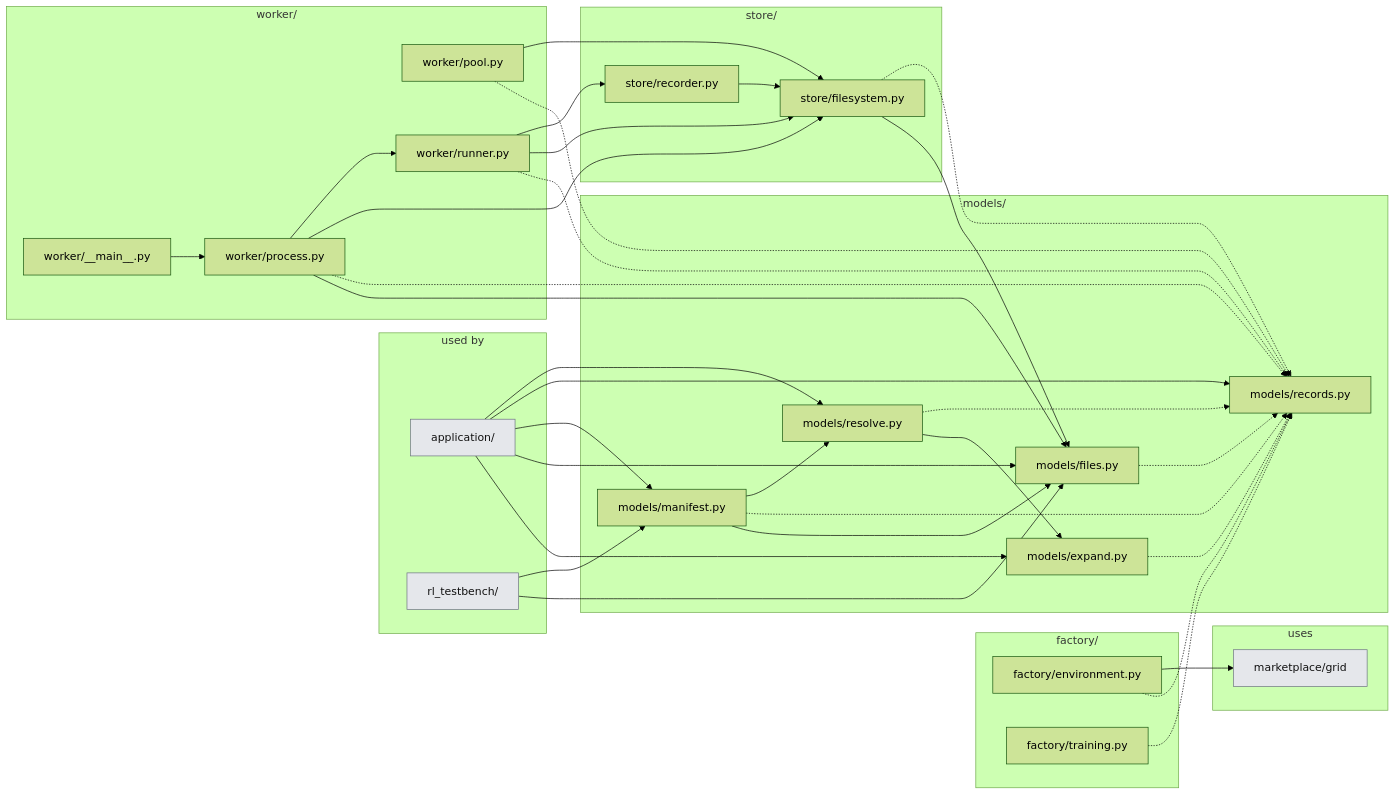
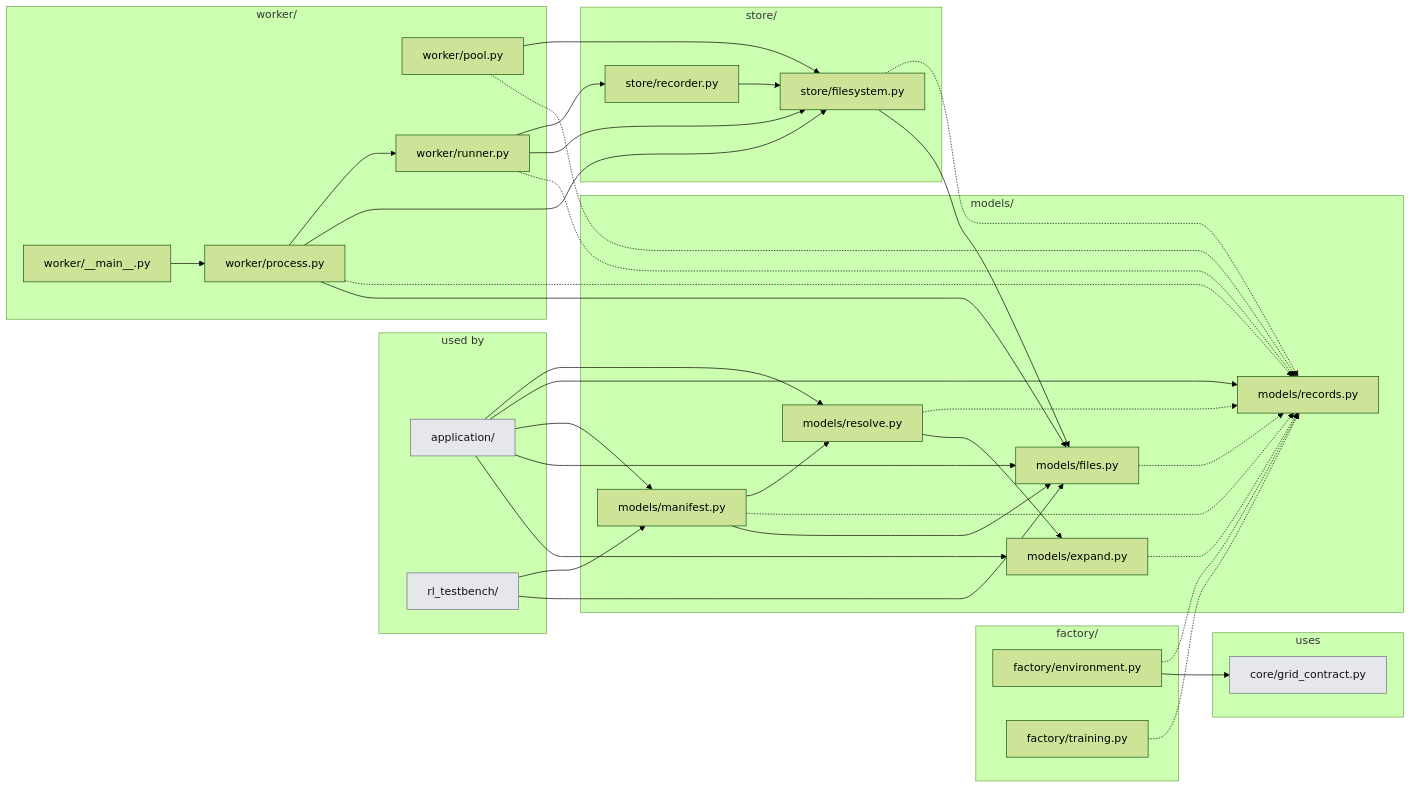
One commit to KevinRapo/P2P-thesis changed the second of 4 diagrams in docs_thesis/thesis/architecture/03-experiment-layer.md. Above: the diagram before and after it, drawn with Mermaid (forest theme). The commit also changed 77 other files, not shown here.

````diff
--- a/docs_thesis/thesis/architecture/03-experiment-layer.md
+++ b/docs_thesis/thesis/architecture/03-experiment-layer.md
@@ -45,62 +45,62 @@
 ```mermaid
 flowchart LR
   subgraph USERS["used by"]
     n_application__users_["application/"]:::ext
     n_rl_testbench__users_["rl_testbench/"]:::ext
   end
   subgraph g_factory["factory/"]
     n_experiments_factory_environment["factory/environment.py"]
     n_experiments_factory_training["factory/training.py"]
   end
   subgraph g_models["models/"]
     n_experiments_models_expand["models/expand.py"]
     n_experiments_models_files["models/files.py"]
     n_experiments_models_manifest["models/manifest.py"]
     n_experiments_models_records["models/records.py"]
     n_experiments_models_resolve["models/resolve.py"]
   end
   subgraph g_store["store/"]
     n_experiments_store_filesystem["store/filesystem.py"]
     n_experiments_store_recorder["store/recorder.py"]
   end
   subgraph g_worker["worker/"]
     n_experiments_worker___main__["worker/__main__.py"]
     n_experiments_worker_pool["worker/pool.py"]
     n_experiments_worker_process["worker/process.py"]
     n_experiments_worker_runner["worker/runner.py"]
   end
   subgraph USES["uses"]
-    n_marketplace_grid["marketplace/grid"]:::ext
+    n_core_grid_contract["core/grid_contract.py"]:::ext
   end
   n_application__users_ --> n_experiments_models_expand
   n_application__users_ --> n_experiments_models_files
   n_application__users_ --> n_experiments_models_manifest
   n_application__users_ --> n_experiments_models_records
   n_application__users_ --> n_experiments_models_resolve
+  n_experiments_factory_environment --> n_core_grid_contract
   n_experiments_factory_environment -.-> n_experiments_models_records
-  n_experiments_factory_environment --> n_marketplace_grid
   n_experiments_factory_training -.-> n_experiments_models_records
   n_experiments_models_expand -.-> n_experiments_models_records
   n_experiments_models_files -.-> n_experiments_models_records
   n_experiments_models_manifest --> n_experiments_models_files
   n_experiments_models_manifest -.-> n_experiments_models_records
   n_experiments_models_manifest --> n_experiments_models_resolve
   n_experiments_models_resolve --> n_experiments_models_expand
   n_experiments_models_resolve -.-> n_experiments_models_records
   n_experiments_store_filesystem --> n_experiments_models_files
   n_experiments_store_filesystem -.-> n_experiments_models_records
   n_experiments_store_recorder --> n_experiments_store_filesystem
   n_experiments_worker___main__ --> n_experiments_worker_process
   n_experiments_worker_pool -.-> n_experiments_models_records
   n_experiments_worker_pool --> n_experiments_store_filesystem
   n_experiments_worker_process --> n_experiments_models_files
   n_experiments_worker_process -.-> n_experiments_models_records
   n_experiments_worker_process --> n_experiments_store_filesystem
   n_experiments_worker_process --> n_experiments_worker_runner
   n_experiments_worker_runner -.-> n_experiments_models_records
   n_experiments_worker_runner --> n_experiments_store_filesystem
   n_experiments_worker_runner --> n_experiments_store_recorder
   n_rl_testbench__users_ --> n_experiments_models_files
   n_rl_testbench__users_ --> n_experiments_models_manifest
   classDef ext fill:#e5e7eb,stroke:#6b7280,color:#111
 ```
````
